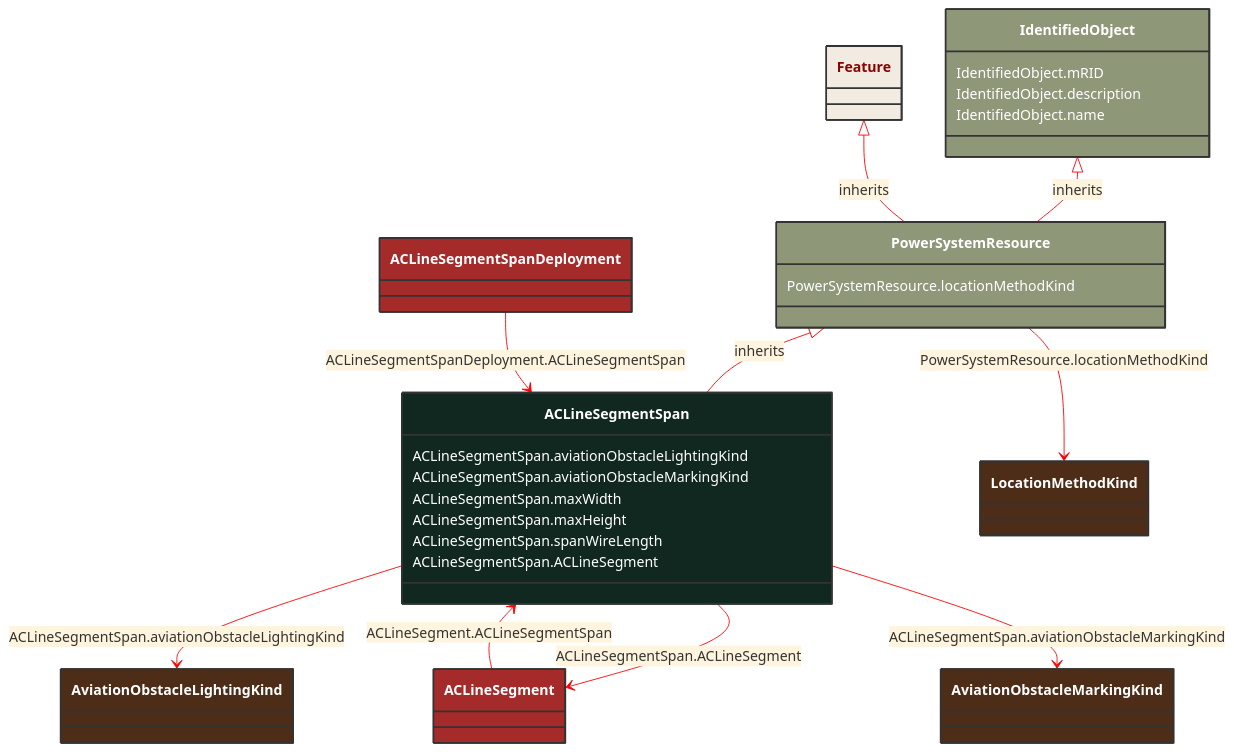
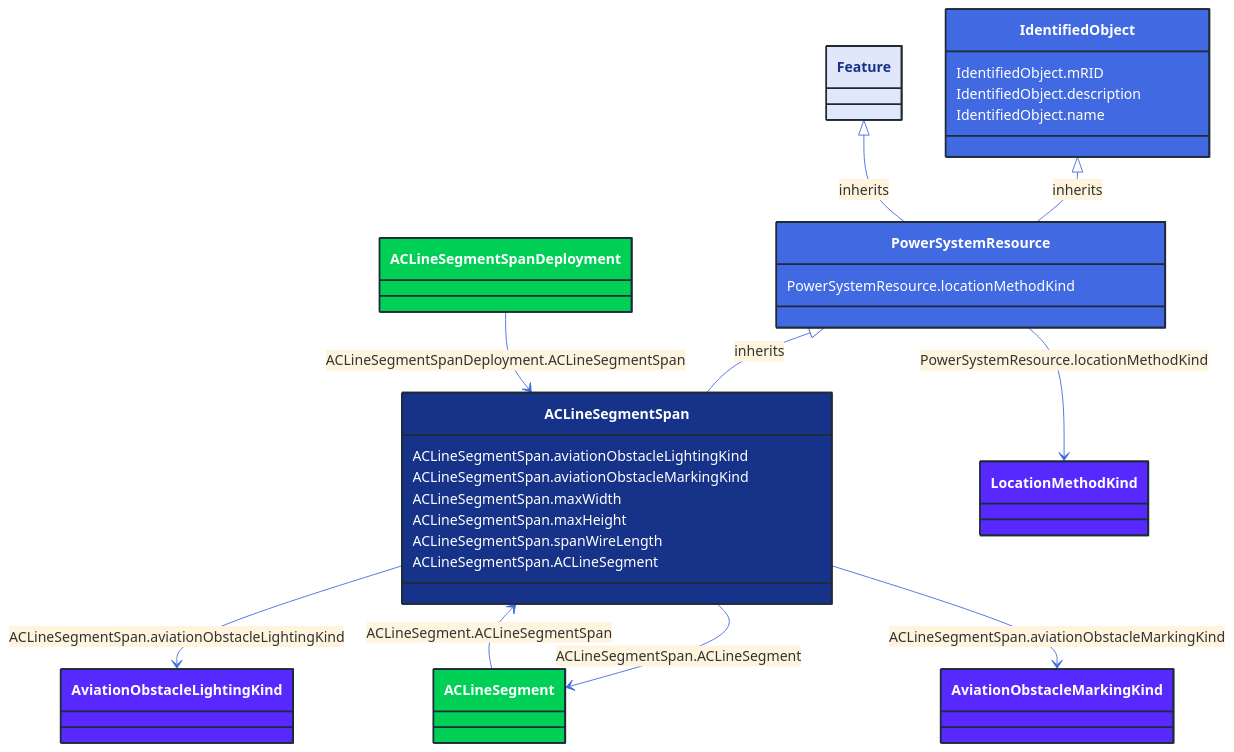
One commit to 3lbits/NoCIMExtensions changed the diagram in docs/Models/Profiles/AviationObstacle/ConcreteClasses/ACLineSegmentSpan.md. Above: the diagram before and after it, drawn with Mermaid. The commit also changed 362 other files, not shown here.

First line of the commit message:
Update diagrams and styles for improved visual consistency

````diff
--- a/docs/Models/Profiles/AviationObstacle/ConcreteClasses/ACLineSegmentSpan.md
+++ b/docs/Models/Profiles/AviationObstacle/ConcreteClasses/ACLineSegmentSpan.md
@@ -8,64 +8,64 @@
 ```mermaid
-%%{init: {'theme':'base','themeVariables': {'lineColor': '#FF0000'}}}%%
+%%{init: {'theme':'base','themeVariables': {'lineColor': '#4169E1'}}}%%
 classDiagram
     class ACLineSegmentSpan
     click ACLineSegmentSpan href "/Models/Profiles/AviationObstacle/ConcreteClasses/ACLineSegmentSpan/"
-    style ACLineSegmentSpan fill:#102820,stroke:#333,stroke-width:2px,rx:10,ry:10,color:white
+    style ACLineSegmentSpan fill:#163289,stroke:#1F2A37,stroke-width:2px,rx:10,ry:10,color:white
      
         PowerSystemResource <|-- ACLineSegmentSpan : inherits
             click PowerSystemResource href "/Models/Profiles/AviationObstacle/AbstractClasses/PowerSystemResource/"
-            style PowerSystemResource fill:#8F9779,stroke:#333,stroke-width:2px,rx:10,ry:10,color:white
+            style PowerSystemResource fill:#4169E1,stroke:#1F2A37,stroke-width:2px,rx:10,ry:10,color:white
      
         IdentifiedObject <|-- PowerSystemResource : inherits
             click IdentifiedObject href "/Models/Profiles/AviationObstacle/AbstractClasses/IdentifiedObject/"
-            style IdentifiedObject fill:#8F9779,stroke:#333,stroke-width:2px,rx:10,ry:10,color:white
+            style IdentifiedObject fill:#4169E1,stroke:#1F2A37,stroke-width:2px,rx:10,ry:10,color:white
 
         Feature <|-- PowerSystemResource : inherits
             click Feature href "/Models/Profiles/AviationObstacle/AbstractClasses/Feature/"
-            style Feature fill:#F2EBE2,stroke:#333,stroke-width:2px,rx:10,ry:10,color:#8A0303
+            style Feature fill:#E0E7FA,stroke:#1F2A37,stroke-width:2px,rx:10,ry:10,color:#163289
 
         ACLineSegmentSpan --> ACLineSegment : ACLineSegmentSpan.ACLineSegment
 
         ACLineSegment
             click ACLineSegment href "/Models/Profiles/AviationObstacle/ConcreteClasses/ACLineSegment/"
-            style ACLineSegment fill:#A52A2A,stroke:#333,stroke-width:2px,rx:10,ry:10,color:white
+            style ACLineSegment fill:#00D156,stroke:#1F2A37,stroke-width:2px,rx:10,ry:10,color:white
 
         ACLineSegment --> ACLineSegmentSpan : ACLineSegment.ACLineSegmentSpan
 
         ACLineSegment
             click ACLineSegment href "/Models/Profiles/AviationObstacle/ConcreteClasses/ACLineSegment/"
-            style ACLineSegment fill:#A52A2A,stroke:#333,stroke-width:2px,rx:10,ry:10,color:white
+            style ACLineSegment fill:#00D156,stroke:#1F2A37,stroke-width:2px,rx:10,ry:10,color:white
 
         ACLineSegmentSpanDeployment --> ACLineSegmentSpan : ACLineSegmentSpanDeployment.ACLineSegmentSpan
 
         ACLineSegmentSpanDeployment
             click ACLineSegmentSpanDeployment href "/Models/Profiles/AviationObstacle/ConcreteClasses/ACLineSegmentSpanDeployment/"
-            style ACLineSegmentSpanDeployment fill:#A52A2A,stroke:#333,stroke-width:2px,rx:10,ry:10,color:white
+            style ACLineSegmentSpanDeployment fill:#00D156,stroke:#1F2A37,stroke-width:2px,rx:10,ry:10,color:white
 
         ACLineSegmentSpan --> AviationObstacleLightingKind : ACLineSegmentSpan.aviationObstacleLightingKind
 
         AviationObstacleLightingKind
             click AviationObstacleLightingKind href "/Models/Profiles/AviationObstacle/Enumerations/AviationObstacleLightingKind/"
-            style AviationObstacleLightingKind fill:#4D2D18,stroke:#333,stroke-width:2px,rx:10,ry:10,color:white
+            style AviationObstacleLightingKind fill:#5729FF,stroke:#1F2A37,stroke-width:2px,rx:10,ry:10,color:white
         ACLineSegmentSpan --> AviationObstacleMarkingKind : ACLineSegmentSpan.aviationObstacleMarkingKind
 
         AviationObstacleMarkingKind
             click AviationObstacleMarkingKind href "/Models/Profiles/AviationObstacle/Enumerations/AviationObstacleMarkingKind/"
-            style AviationObstacleMarkingKind fill:#4D2D18,stroke:#333,stroke-width:2px,rx:10,ry:10,color:white
+            style AviationObstacleMarkingKind fill:#5729FF,stroke:#1F2A37,stroke-width:2px,rx:10,ry:10,color:white
         PowerSystemResource --> LocationMethodKind : PowerSystemResource.locationMethodKind
 
         LocationMethodKind
             click LocationMethodKind href "/Models/Profiles/AviationObstacle/Enumerations/LocationMethodKind/"
-            style LocationMethodKind fill:#4D2D18,stroke:#333,stroke-width:2px,rx:10,ry:10,color:white
+            style LocationMethodKind fill:#5729FF,stroke:#1F2A37,stroke-width:2px,rx:10,ry:10,color:white
 
         ACLineSegmentSpan : ACLineSegmentSpan.aviationObstacleLightingKind
         ACLineSegmentSpan : ACLineSegmentSpan.aviationObstacleMarkingKind
         ACLineSegmentSpan : ACLineSegmentSpan.maxWidth
         ACLineSegmentSpan : ACLineSegmentSpan.maxHeight
         ACLineSegmentSpan : ACLineSegmentSpan.spanWireLength
         ACLineSegmentSpan : ACLineSegmentSpan.ACLineSegment
         PowerSystemResource : PowerSystemResource.locationMethodKind
         IdentifiedObject : IdentifiedObject.mRID
         IdentifiedObject : IdentifiedObject.description
         IdentifiedObject : IdentifiedObject.name
 ```
````
